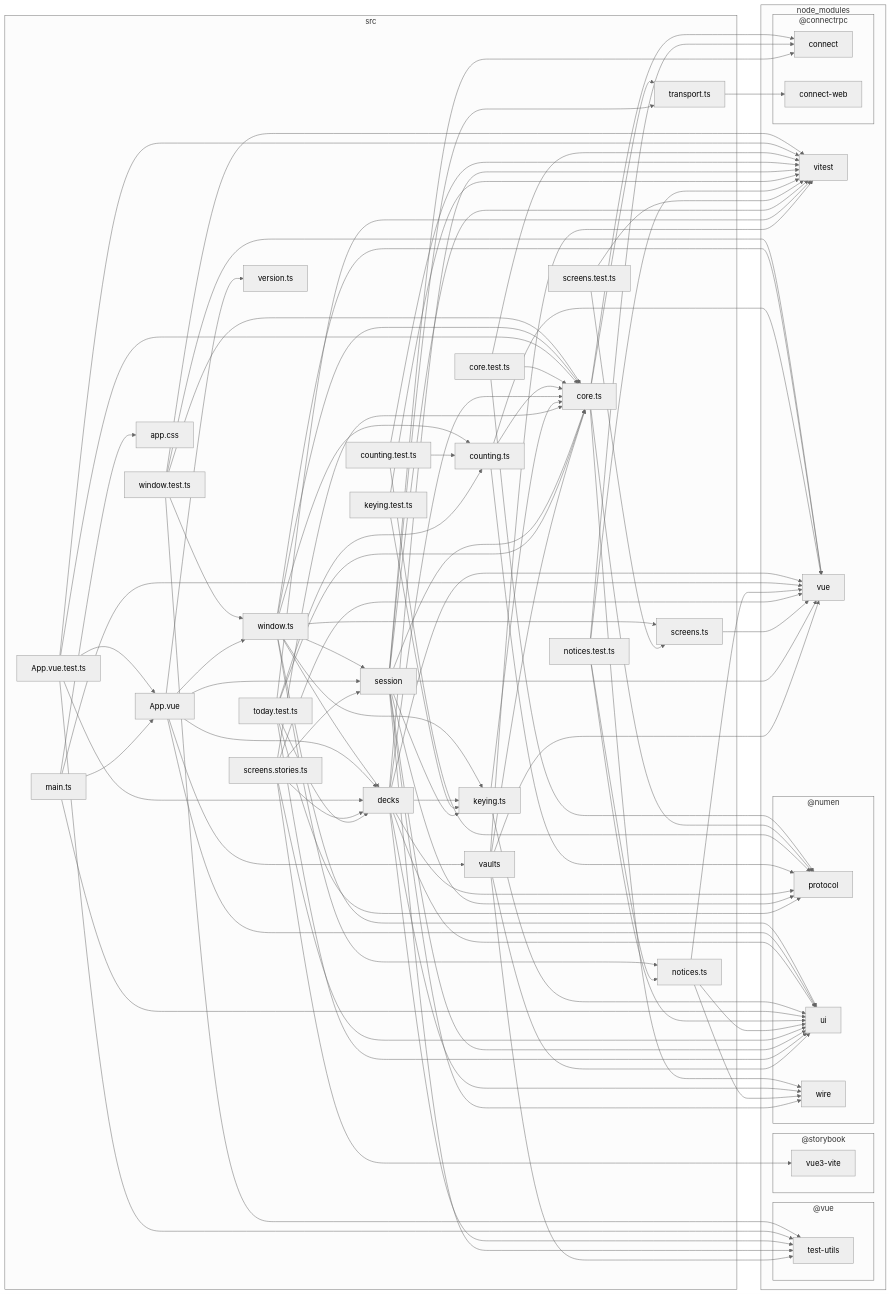
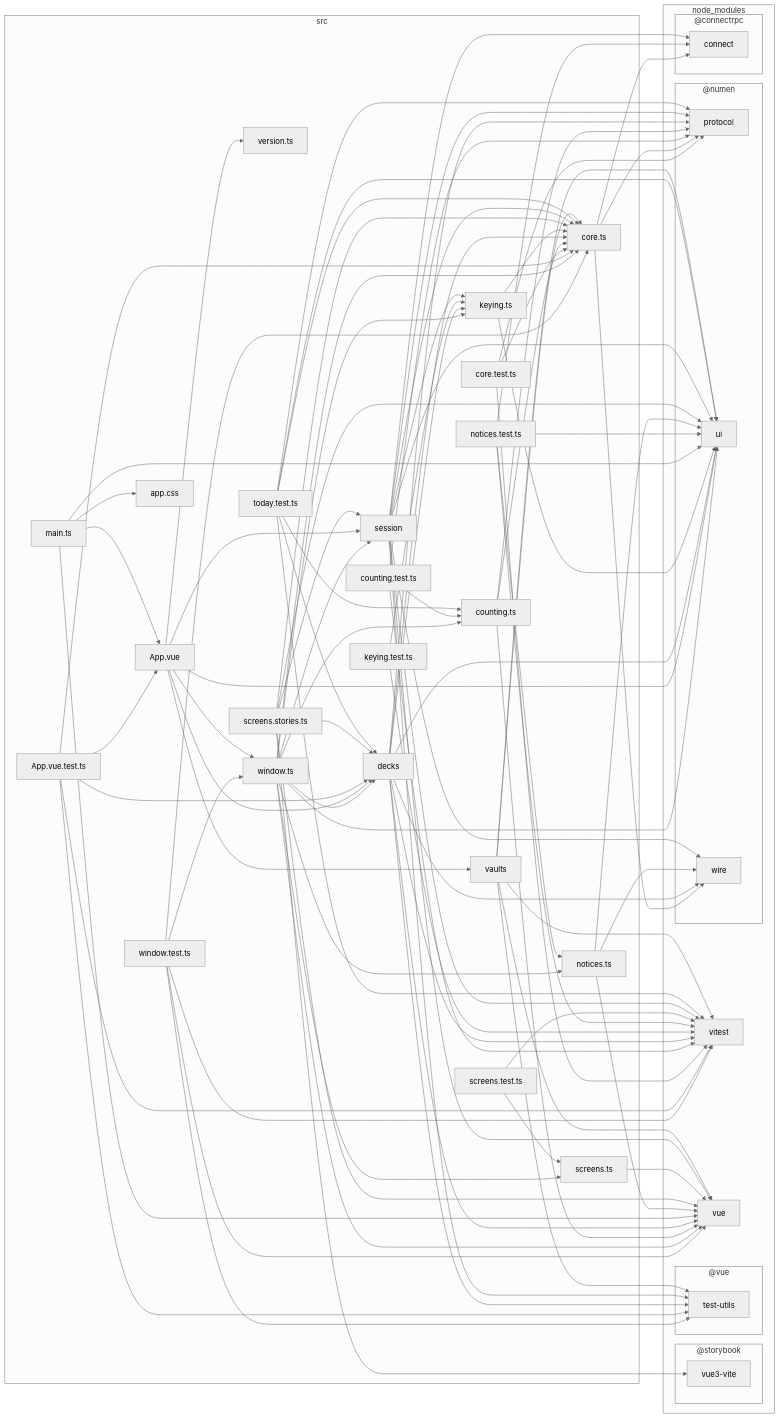
The fourth of 5 diagrams in docs/dependencies.md (jiva-studio/numen), drawn with Mermaid (neutral theme) before and after one commit. The commit also changed other lines of this file and 14 other files, not shown here.

First line of the commit message:
refactor(desktop): both windows take the transport from the wire

````diff
--- a/docs/dependencies.md
+++ b/docs/dependencies.md
@@ -771,140 +761,135 @@
 ```mermaid
 flowchart LR
 
-subgraph 0["node_modules"]
-subgraph 1["@connectrpc"]
-2["connect"]
-3["connect-web"]
+subgraph 3["node_modules"]
+subgraph 4["@connectrpc"]
+5["connect"]
 end
-subgraph 4["@numen"]
-5["protocol"]
-6["ui"]
-7["wire"]
+subgraph 6["@numen"]
+7["protocol"]
+8["ui"]
+9["wire"]
 end
-subgraph 8["@storybook"]
-9["vue3-vite"]
+subgraph A["@storybook"]
+B["vue3-vite"]
 end
-subgraph A["@vue"]
-B["test-utils"]
+subgraph C["@vue"]
+D["test-utils"]
 end
-C["vitest"]
-D["vue"]
+E["vitest"]
+F["vue"]
 end
-subgraph E["src"]
-F["App.vue"]
-G["App.vue.test.ts"]
-H["app.css"]
-I["core.test.ts"]
-J["core.ts"]
-K["counting.test.ts"]
-L["counting.ts"]
-M["decks"]
-N["keying.test.ts"]
-O["keying.ts"]
-P["main.ts"]
-Q["notices.test.ts"]
-R["notices.ts"]
-S["screens.stories.ts"]
-T["screens.test.ts"]
-U["screens.ts"]
-V["session"]
-W["today.test.ts"]
-X["transport.ts"]
-Y["vaults"]
-Z["version.ts"]
-10["window.test.ts"]
-11["window.ts"]
+subgraph G["src"]
+H["App.vue"]
+I["App.vue.test.ts"]
+J["app.css"]
+K["core.test.ts"]
+L["core.ts"]
+M["counting.test.ts"]
+N["counting.ts"]
+O["decks"]
+P["keying.test.ts"]
+Q["keying.ts"]
+R["main.ts"]
+S["notices.test.ts"]
+T["notices.ts"]
+U["screens.stories.ts"]
+V["screens.test.ts"]
+W["screens.ts"]
+X["session"]
+Y["today.test.ts"]
+Z["vaults"]
+10["version.ts"]
+11["window.test.ts"]
+12["window.ts"]
 end
-10-->11
-10-->B
-10-->C
-10-->D
-10-->J
-11-->6
+11-->12
 11-->D
-11-->J
+11-->E
+11-->F
 11-->L
-11-->M
-11-->O
-11-->R
-11-->U
-11-->V
-F-->11
-F-->6
-F-->M
-F-->V
-F-->Y
-F-->Z
-G-->B
-G-->C
-G-->F
-G-->J
-G-->M
-I-->5
-I-->C
-I-->J
-J-->2
-J-->5
-J-->7
-J-->X
-K-->5
-K-->C
+12-->8
+12-->F
+12-->L
+12-->N
+12-->O
+12-->Q
+12-->T
+12-->W
+12-->X
+H-->10
+H-->12
+H-->8
+H-->O
+H-->X
+H-->Z
+I-->D
+I-->E
+I-->H
+I-->L
+I-->O
+K-->7
+K-->E
 K-->L
 L-->5
-L-->D
-L-->J
-M-->5
-M-->6
+L-->7
+L-->9
 M-->7
-M-->B
-M-->C
-M-->D
-M-->J
-M-->O
-N-->C
-N-->O
-O-->6
-O-->J
-P-->6
-P-->D
-P-->F
-P-->H
-Q-->2
-Q-->6
-Q-->C
-Q-->R
-R-->6
-R-->7
-R-->D
-S-->6
-S-->9
-S-->D
-S-->J
-S-->M
-S-->V
-T-->C
-T-->U
-U-->D
-V-->2
-V-->5
-V-->6
-V-->7
-V-->B
-V-->C
-V-->D
-V-->J
-V-->O
-V-->X
-W-->5
-W-->6
-W-->C
-W-->J
-W-->L
-W-->M
-X-->3
-Y-->6
-Y-->B
-Y-->C
-Y-->D
-Y-->J
+M-->E
+M-->N
+N-->7
+N-->F
+N-->L
+O-->7
+O-->8
+O-->9
+O-->D
+O-->E
+O-->F
+O-->L
+O-->Q
+P-->E
+P-->Q
+Q-->8
+Q-->L
+R-->8
+R-->F
+R-->H
+R-->J
+S-->5
+S-->8
+S-->E
+S-->T
+T-->8
+T-->9
+T-->F
+U-->8
+U-->B
+U-->F
+U-->L
+U-->O
+U-->X
+V-->E
+V-->W
+W-->F
+X-->5
+X-->7
+X-->8
+X-->9
+X-->D
+X-->E
+X-->F
+X-->L
+X-->Q
+Y-->7
+Y-->8
+Y-->E
+Y-->L
+Y-->N
+Y-->O
+Z-->8
+Z-->D
+Z-->E
+Z-->F
+Z-->L
 ```
````
